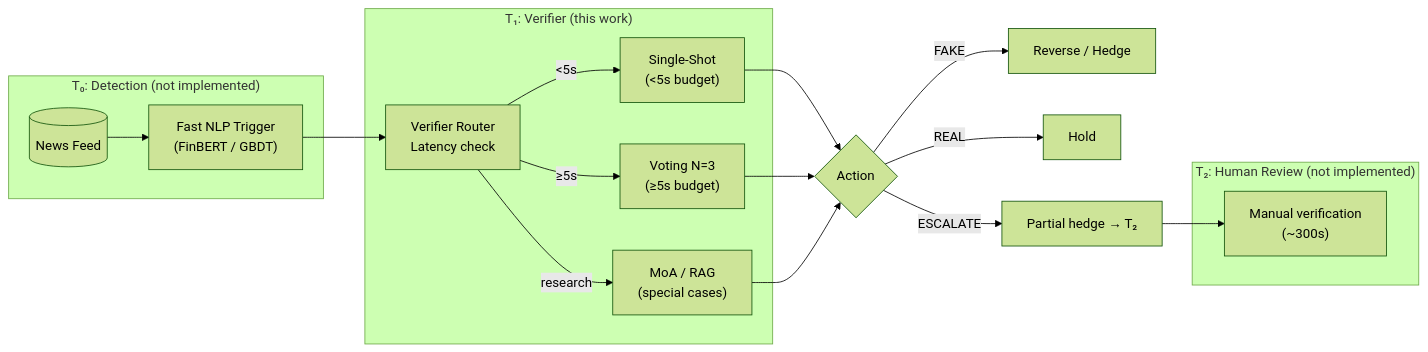
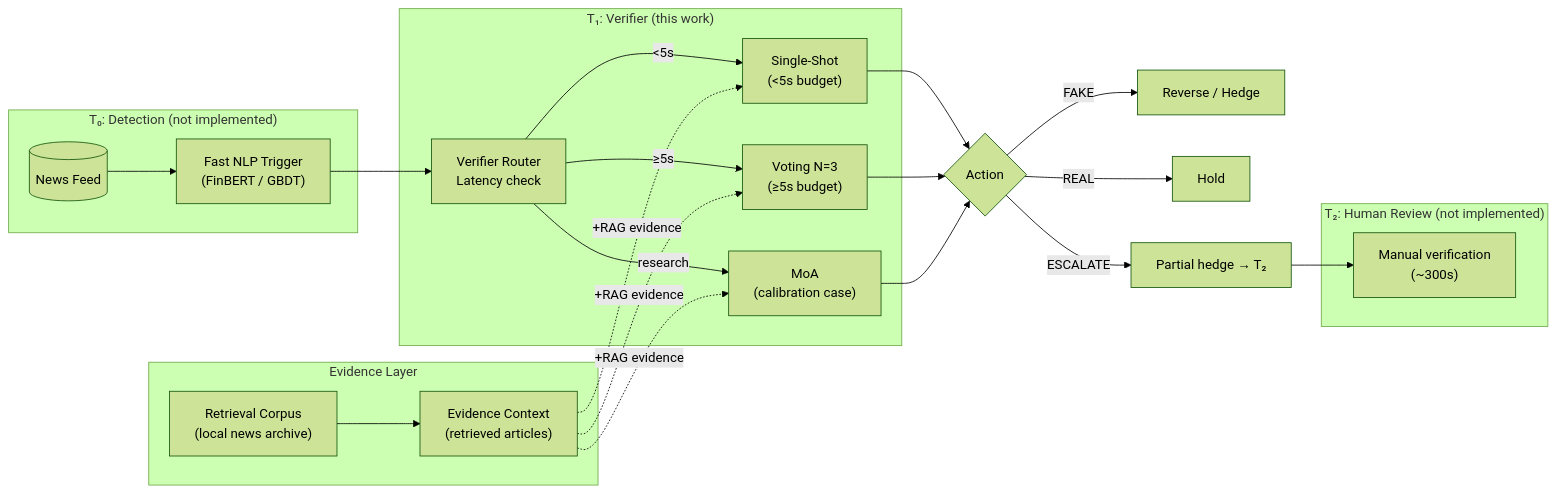
One commit to gitmichaelqiu/LLMMisinfoClassification changed the first of 5 diagrams in docs/meeting_evidence_map.md. Above: the diagram before and after it, drawn with Mermaid (forest theme). The commit also changed other lines of this file and 1 other file, not shown here.

Commit message:
docs: reframe RAG from standalone architecture to evidence-augmentation factor

````diff
--- a/docs/meeting_evidence_map.md
+++ b/docs/meeting_evidence_map.md
@@ -8,28 +9,35 @@
 ```mermaid
 flowchart LR
     subgraph T0["T₀: Detection (not implemented)"]
         A[("News Feed")]
         B["Fast NLP Trigger<br>(FinBERT / GBDT)"]
         A --> B
     end
+    subgraph EVID["Evidence Layer"]
+        EV["Retrieval Corpus<br>(local news archive)"]
+        EV --> E["Evidence Context<br>(retrieved articles)"]
+    end
     subgraph T1["T₁: Verifier (this work)"]
         C["Verifier Router<br>Latency check"]
         D["Single-Shot<br>(<5s budget)"]
-        E["Voting N=3<br>(≥5s budget)"]
-        F["MoA / RAG<br>(special cases)"]
+        V3["Voting N=3<br>(≥5s budget)"]
+        M["MoA<br>(calibration case)"]
         C -- "<5s" --> D
-        C -- "≥5s" --> E
-        C -- "research" --> F
+        C -- "≥5s" --> V3
+        C -- "research" --> M
+        E -.->|"+RAG evidence"| D
+        E -.->|"+RAG evidence"| V3
+        E -.->|"+RAG evidence"| M
     end
     subgraph T2["T₂: Human Review (not implemented)"]
         G["Manual verification<br>(~300s)"]
     end
     B --> C
     D --> H{Action}
-    E --> H
-    F --> H
+    V3 --> H
+    M --> H
     H -->|"FAKE"| I["Reverse / Hedge"]
     H -->|"REAL"| J["Hold"]
     H -->|"ESCALATE"| K["Partial hedge → T₂"]
     K --> G
 ```
````
